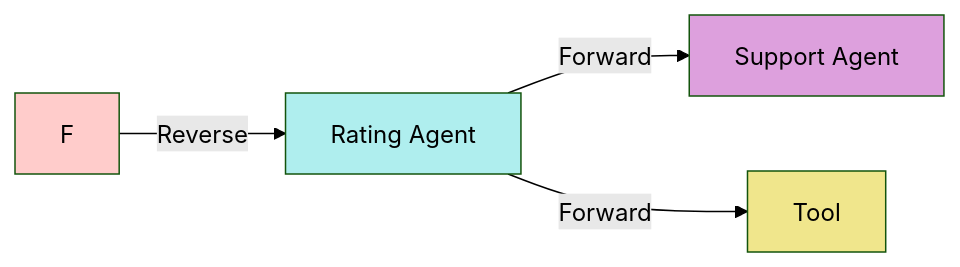
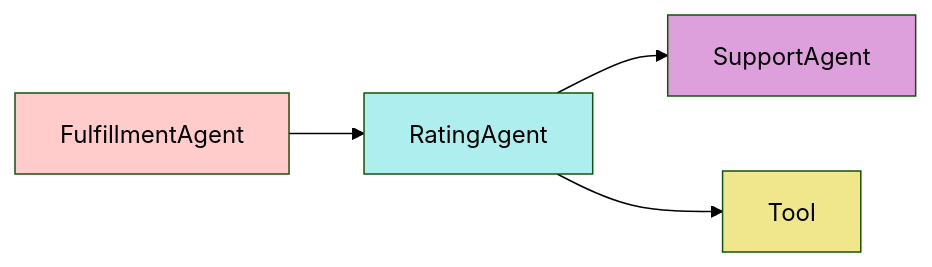
Diagram 12 of 13 in arch/bap-state-machine.md (beckn/transactional-ai-bap), drawn with Mermaid (forest theme) before and after one commit. The commit also changed other lines of this file, not shown here.

````diff
--- a/arch/bap-state-machine.md
+++ b/arch/bap-state-machine.md
@@ -398,11 +408,12 @@
 ```mermaid
 graph LR
-    R[Rating Agent] -->|Forward| S[Support Agent]
-    R -->|Forward| Tool
-    F -->|Reverse| R
+    RatingAgent --> SupportAgent
+    RatingAgent --> Tool
+    FulfillmentAgent --> RatingAgent
 
-    style R fill:#afeeee
-    style S fill:#dda0dd
-    style F fill:#ffcccb
+    style RatingAgent fill:#afeeee
+    style SupportAgent fill:#dda0dd
+    style FulfillmentAgent fill:#ffcccb
     style Tool fill:#f0e68c
+
 ```
````
